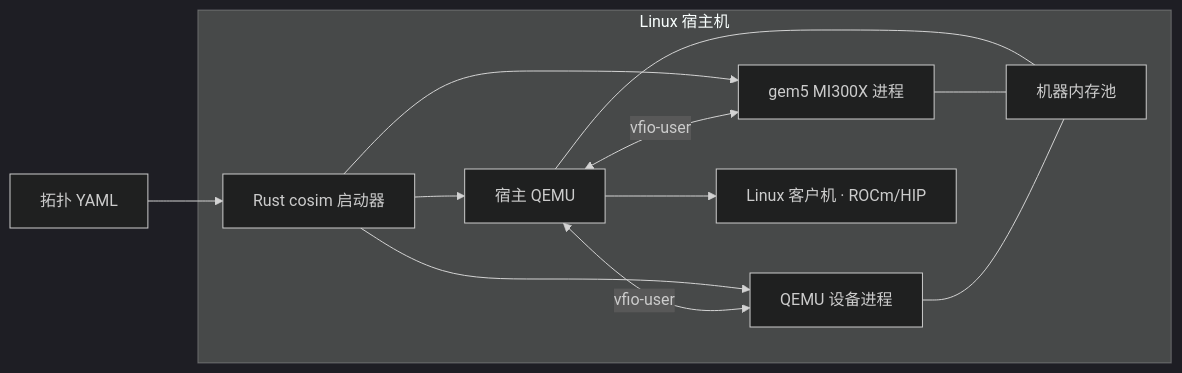
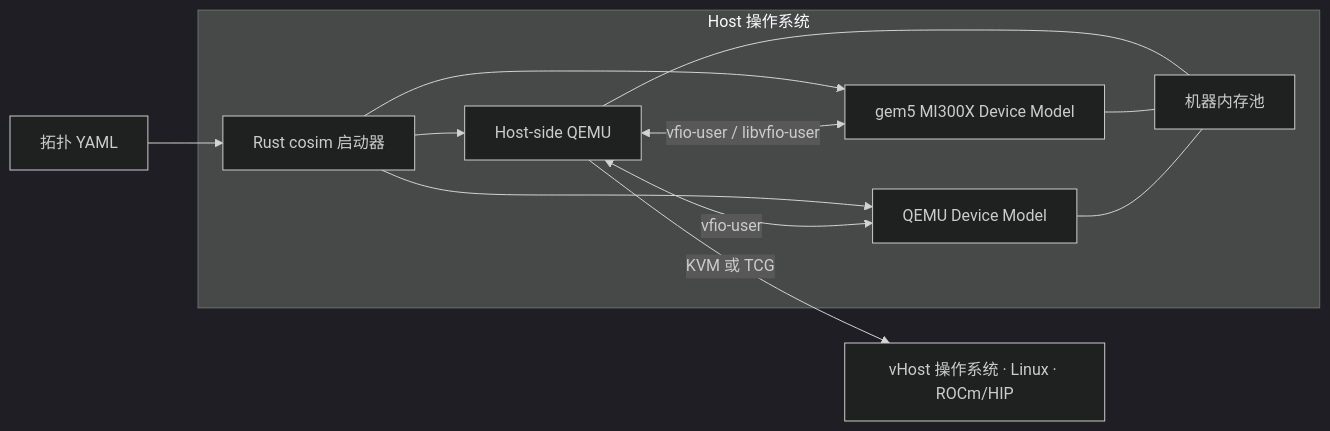
The diagram in README.zh.md (chengchen512/cosim-gpu), drawn with Mermaid (dark theme) before and after one commit. The commit also changed other lines of this file and 45 other files, not shown here.

```diff
--- a/README.zh.md
+++ b/README.zh.md
@@ -32,16 +33,16 @@
 ~~~mermaid
 flowchart LR
     YAML[拓扑 YAML] --> CLI[Rust cosim 启动器]
 
-    subgraph Linux 宿主机
-        CLI --> H[宿主 QEMU]
-        CLI --> G[gem5 MI300X 进程]
-        CLI --> Q[QEMU 设备进程]
-        H <-->|vfio-user| G
+    subgraph Host 操作系统
+        CLI --> H[Host-side QEMU]
+        CLI --> G[gem5 MI300X Device Model]
+        CLI --> Q[QEMU Device Model]
+        H <-->|vfio-user / libvfio-user| G
         H <-->|vfio-user| Q
         H --- P[机器内存池]
         G --- P
         Q --- P
-        H --> Guest[Linux 客户机 · ROCm/HIP]
     end
+    H -->|KVM 或 TCG| V[vHost 操作系统 · Linux · ROCm/HIP]
 ~~~
```
